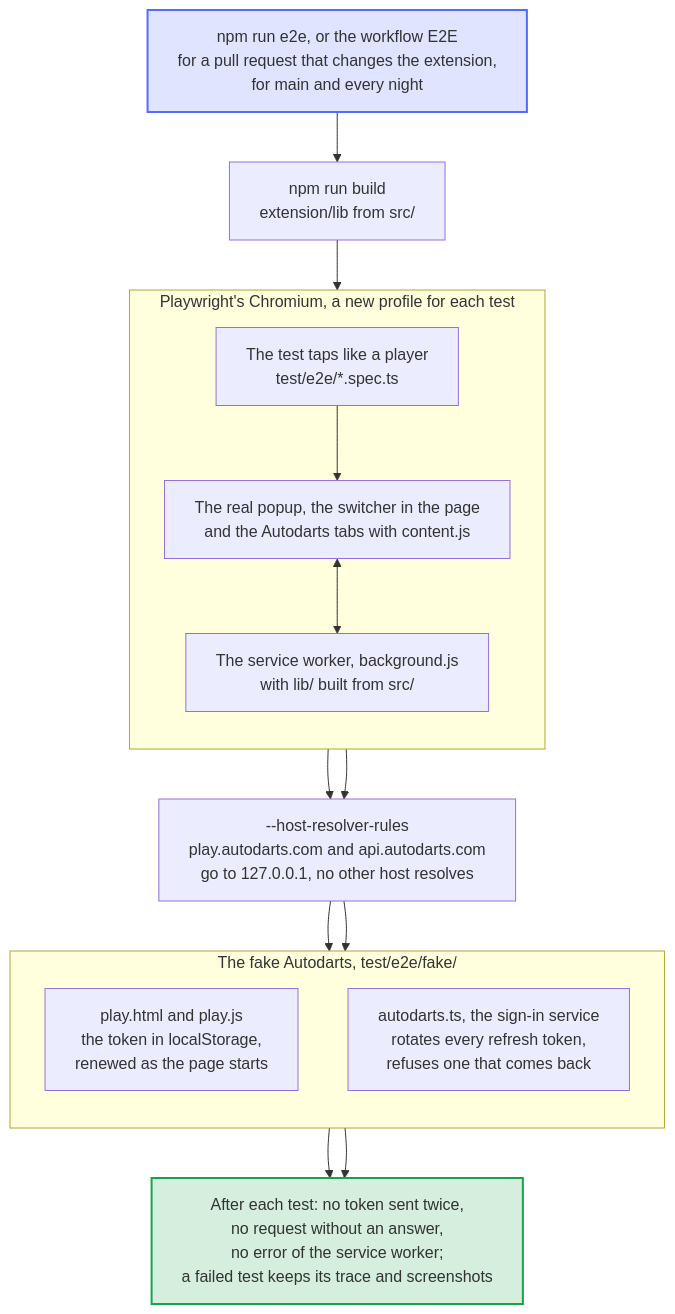
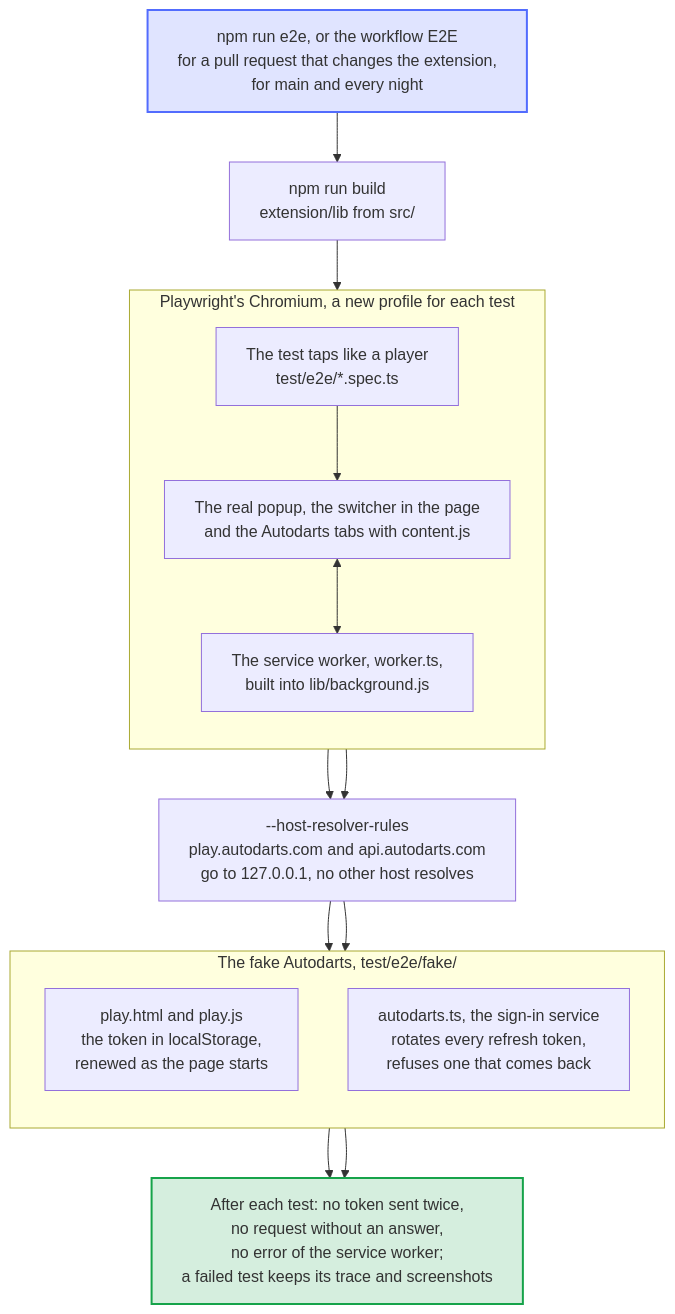
Before and after one commit to Dennis-Otto/player-switch-for-autodarts: the diagram in docs/diagrams/how-the-end-to-end-tests-work.mmd, drawn with Mermaid. The commit also changed 64 other files, not shown here.

First line of the commit message:
refactor: write the service worker, popup and content script in TypeScript and unit-test them (#77)

```diff
--- a/docs/diagrams/how-the-end-to-end-tests-work.mmd
+++ b/docs/diagrams/how-the-end-to-end-tests-work.mmd
@@ -1,43 +1,43 @@
 ---
 config:
   flowchart:
     wrappingWidth: 400
 ---
 flowchart TB
     accTitle: How the end-to-end tests work
     accDescr: npm run e2e, and the workflow E2E for a pull request that changes the extension, for main and every night, builds extension/lib from src/ and starts Playwright. For each test, Playwright's Chromium starts with a profile of its own and loads the real extension from extension/, as chrome://extensions loads it unpacked. The test taps through the real popup, the switcher in the page and the Autodarts tabs, and the service worker and content.js do the rest. The browser resolves play.autodarts.com and api.autodarts.com to the fake Autodarts on 127.0.0.1 and no other host, so nothing reaches the real Autodarts. The fake page keeps its token in localStorage and renews it as it starts; the fake sign-in service rotates every refresh token and refuses one that comes back. After each test, a token sent twice, a request that the fake has no answer for or an error of the service worker fails it, and a failed test keeps its trace and screenshots.
 
     start["npm run e2e, or the workflow E2E<br>for a pull request that changes the extension,<br>for main and every night"]
     build["npm run build<br>extension/lib from src/"]
     start --> build
 
     subgraph browser ["Playwright's Chromium, a new profile for each test"]
         direction TB
         test["The test taps like a player<br>test/e2e/*.spec.ts"]
         pages["The real popup, the switcher in the page<br>and the Autodarts tabs with content.js"]
-        worker["The service worker, background.js<br>with lib/ built from src/"]
+        worker["The service worker, worker.ts,<br>built into lib/background.js"]
         test --> pages
         pages <--> worker
     end
     build --> test
 
     resolver["--host-resolver-rules<br>play.autodarts.com and api.autodarts.com<br>go to 127.0.0.1, no other host resolves"]
     pages --> resolver
     worker --> resolver
 
     subgraph fake ["The fake Autodarts, test/e2e/fake/"]
         direction TB
         page["play.html and play.js<br>the token in localStorage,<br>renewed as the page starts"]
         auth["autodarts.ts, the sign-in service<br>rotates every refresh token,<br>refuses one that comes back"]
     end
     resolver --> page
     resolver --> auth
 
     verdict["After each test: no token sent twice,<br>no request without an answer,<br>no error of the service worker;<br>a failed test keeps its trace and screenshots"]
     page --> verdict
     auth --> verdict
 
     classDef bot fill:#526cfe2e,stroke:#526cfe,stroke-width:2px
     classDef done fill:#16a34a2e,stroke:#16a34a,stroke-width:2px
     class start bot
     class verdict done
```
